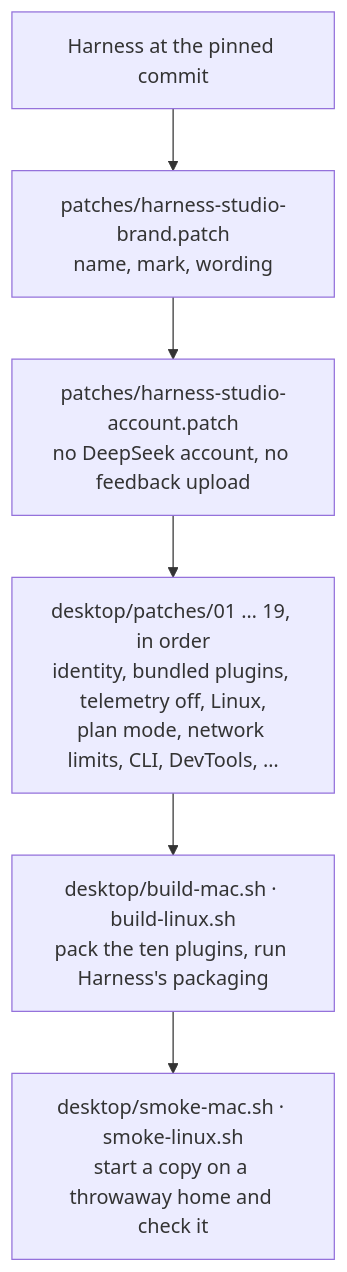
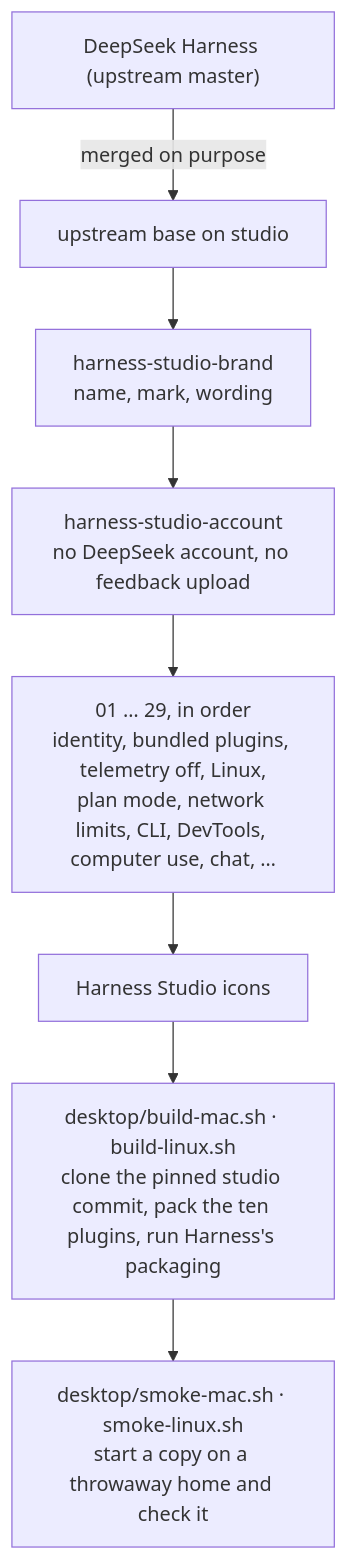
The third of 3 diagrams in docs/ARCHITECTURE.md (vigneshv1cky/harness-studio), drawn with Mermaid before and after one commit. The commit also changed other lines of this file and 76 other files, not shown here.

First line of the commit message:
Harness Studio 0.3.1

````diff
--- a/docs/ARCHITECTURE.md
+++ b/docs/ARCHITECTURE.md
@@ -102,8 +102,10 @@
 ```mermaid
 flowchart TB
-  Pin["Harness at the pinned commit"] --> Brand["patches/harness-studio-brand.patch<br/>name, mark, wording"]
-  Brand --> Account["patches/harness-studio-account.patch<br/>no DeepSeek account, no feedback upload"]
-  Account --> D["desktop/patches/01 … 19, in order<br/>identity, bundled plugins, telemetry off, Linux,<br/>plan mode, network limits, CLI, DevTools, …"]
-  D --> Build["desktop/build-mac.sh · build-linux.sh<br/>pack the ten plugins, run Harness's packaging"]
+  Up["DeepSeek Harness (upstream master)"] -- "merged on purpose" --> Base["upstream base on studio"]
+  Base --> Brand["harness-studio-brand<br/>name, mark, wording"]
+  Brand --> Account["harness-studio-account<br/>no DeepSeek account, no feedback upload"]
+  Account --> D["01 … 29, in order<br/>identity, bundled plugins, telemetry off, Linux,<br/>plan mode, network limits, CLI, DevTools, computer use, chat, …"]
+  D --> Icons["Harness Studio icons"]
+  Icons --> Build["desktop/build-mac.sh · build-linux.sh<br/>clone the pinned studio commit, pack the ten plugins, run Harness's packaging"]
   Build --> Smoke["desktop/smoke-mac.sh · smoke-linux.sh<br/>start a copy on a throwaway home and check it"]
 ```
````
